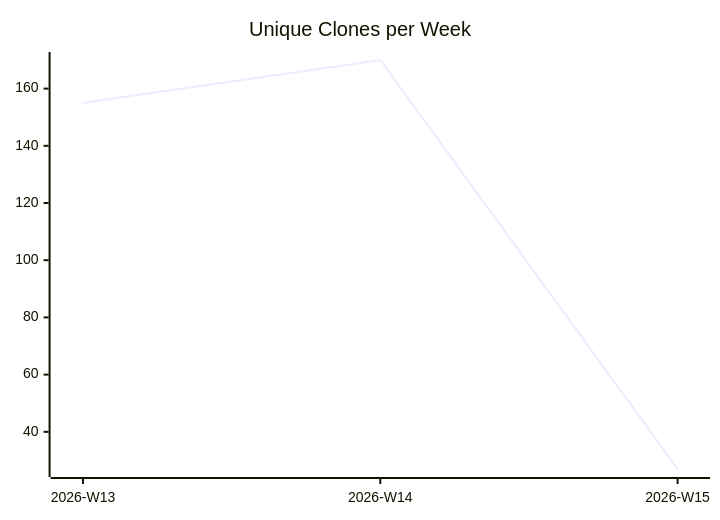
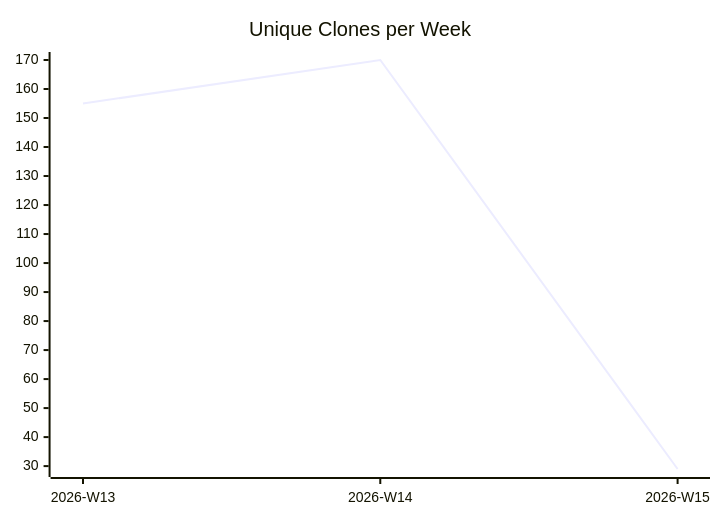
One commit to justdavis-family/github-analytics-data changed the third of 3 diagrams in karlmdavis/justdavis-finances/README.md. Above: the diagram before and after it, drawn with Mermaid. The commit also changed other lines of this file and 183 other files, not shown here.

````diff
--- a/karlmdavis/justdavis-finances/README.md
+++ b/karlmdavis/justdavis-finances/README.md
@@ -19,6 +19,6 @@
 ```mermaid
 xychart-beta
   title "Unique Clones per Week"
   x-axis ["2026-W13", "2026-W14", "2026-W15"]
-  line [155, 170, 27]
+  line [155, 170, 29]
 ```
````
